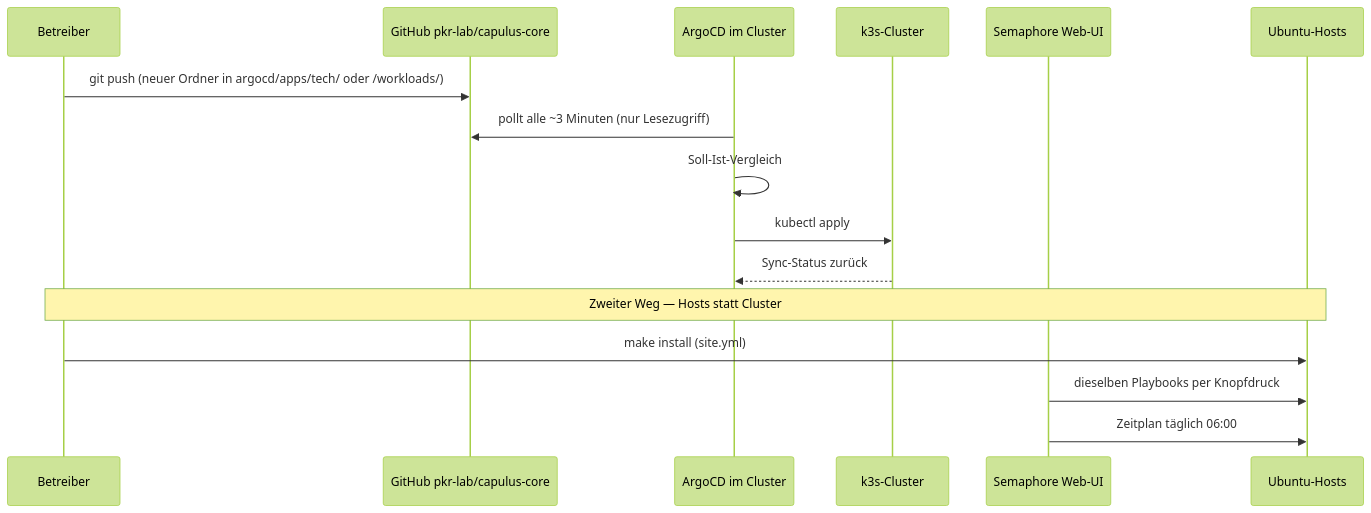
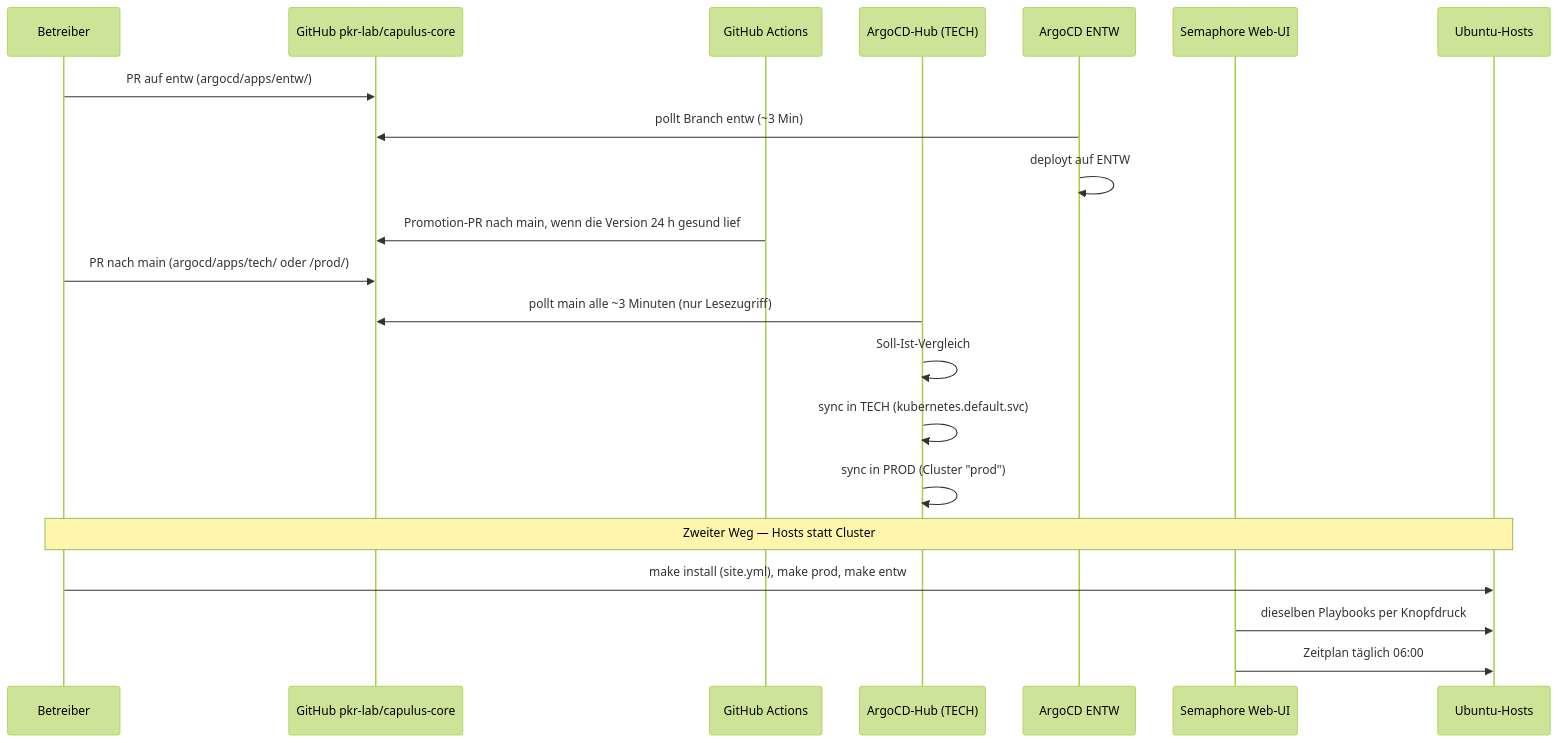
One commit to pkr-lab/capulus-core changed the fourth of 6 diagrams in docs/a-betriebssystem/a0010-overview.md. Above: the diagram before and after it, drawn with Mermaid (forest theme). The commit also changed other lines of this file and 54 other files, not shown here.

First line of the commit message:
docs: Doku auf Multi-Cluster-Stand (ENTW/TECH/PROD) gebracht

````diff
--- a/docs/a-betriebssystem/a0010-overview.md
+++ b/docs/a-betriebssystem/a0010-overview.md
@@ -144,20 +212,25 @@
 ```mermaid
 sequenceDiagram
     participant Dev as Betreiber
     participant Git as GitHub pkr-lab/capulus-core
-    participant Argo as ArgoCD im Cluster
-    participant K3s as k3s-Cluster
+    participant CI as GitHub Actions
+    participant Hub as ArgoCD-Hub (TECH)
+    participant EArgo as ArgoCD ENTW
     participant Sem as Semaphore Web-UI
     participant Host as Ubuntu-Hosts
 
-    Dev->>Git: git push (neuer Ordner in argocd/apps/tech/ oder /workloads/)
-    Argo->>Git: pollt alle ~3 Minuten (nur Lesezugriff)
-    Argo->>Argo: Soll-Ist-Vergleich
-    Argo->>K3s: kubectl apply
-    K3s-->>Argo: Sync-Status zurück
+    Dev->>Git: PR auf entw (argocd/apps/entw/)
+    EArgo->>Git: pollt Branch entw (~3 Min)
+    EArgo->>EArgo: deployt auf ENTW
+    CI->>Git: Promotion-PR nach main, wenn die Version 24 h gesund lief
+    Dev->>Git: PR nach main (argocd/apps/tech/ oder /prod/)
+    Hub->>Git: pollt main alle ~3 Minuten (nur Lesezugriff)
+    Hub->>Hub: Soll-Ist-Vergleich
+    Hub->>Hub: sync in TECH (kubernetes.default.svc)
+    Hub->>Hub: sync in PROD (Cluster "prod")
 
     Note over Dev,Host: Zweiter Weg — Hosts statt Cluster
-    Dev->>Host: make install (site.yml)
+    Dev->>Host: make install (site.yml), make prod, make entw
     Sem->>Host: dieselben Playbooks per Knopfdruck
     Sem->>Host: Zeitplan täglich 06:00
 ```
````
